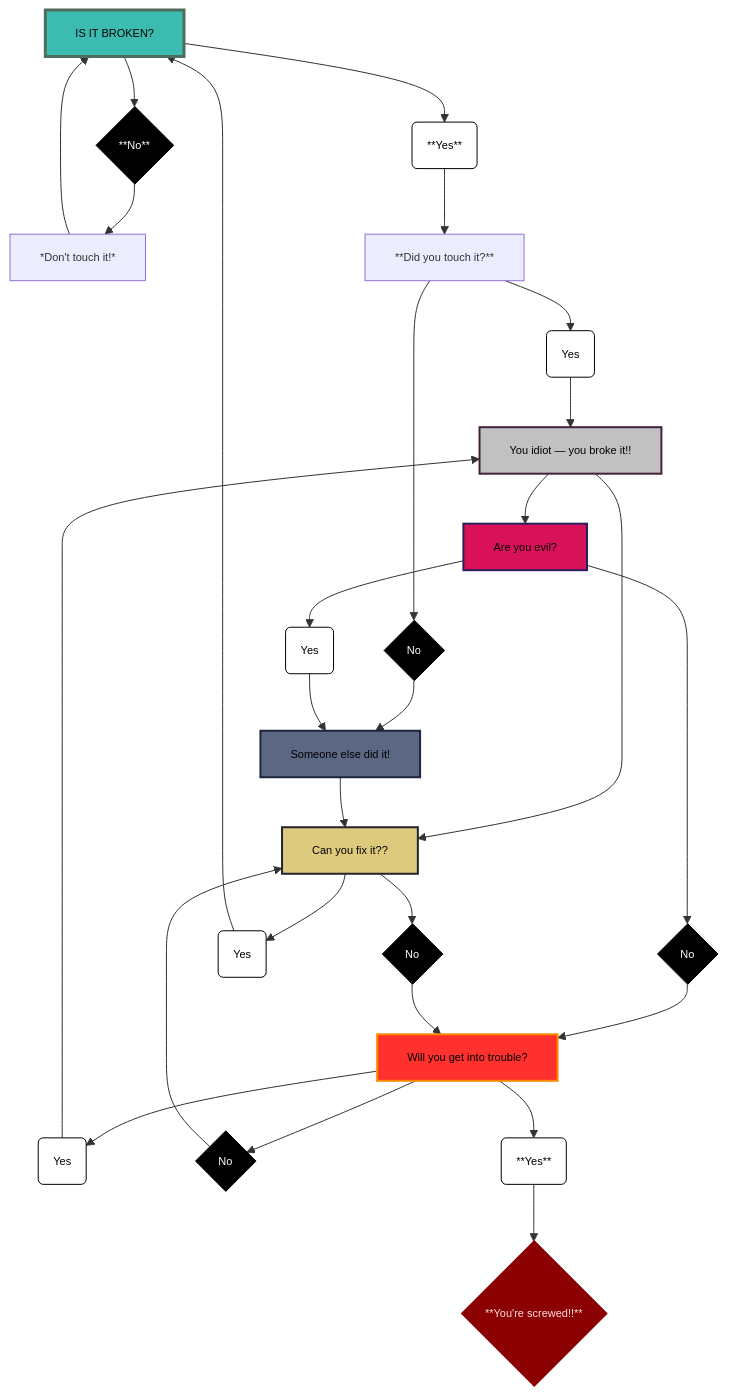
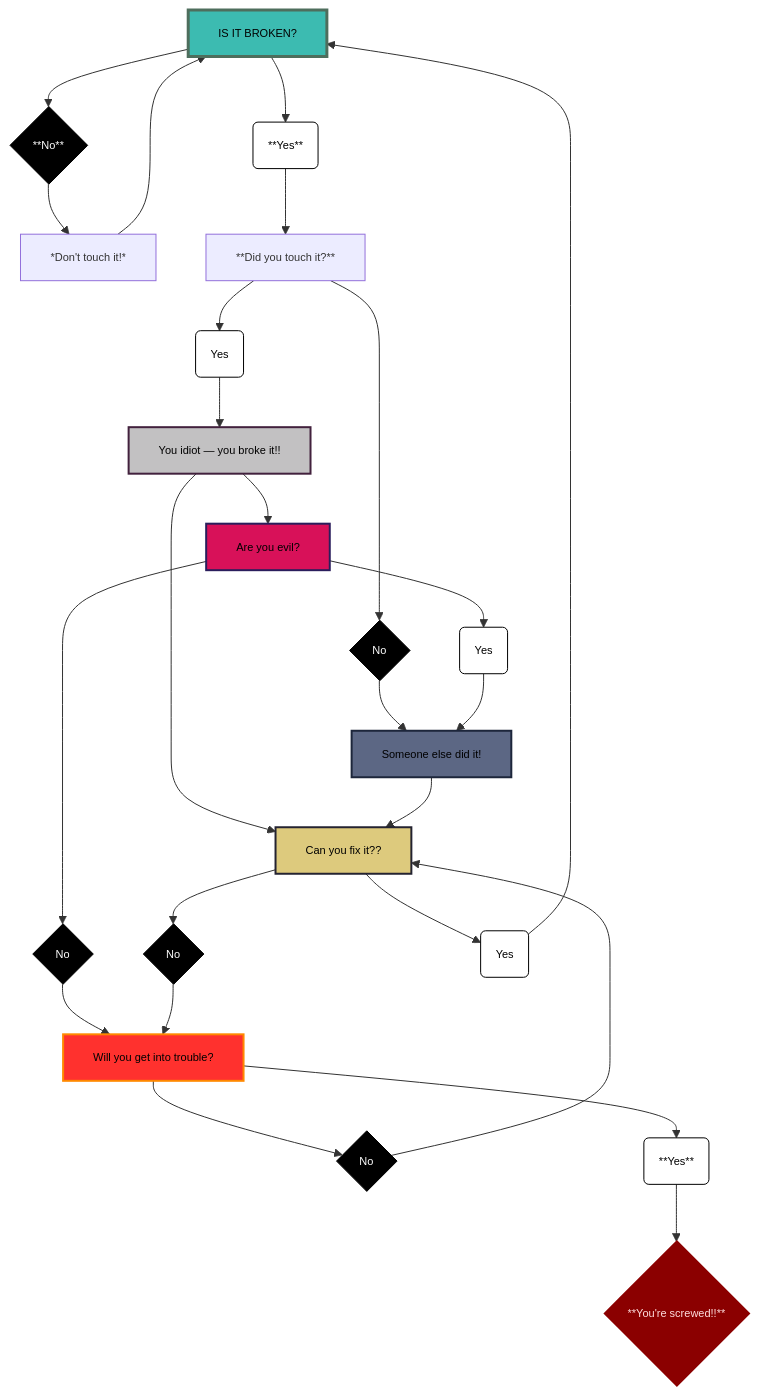
Before and after one commit to stu-clarke/stu-clarke: the second of 2 diagrams in README.md, drawn with Mermaid. The commit also changed other lines of this file, not shown here.

````diff
--- a/README.md
+++ b/README.md
@@ -20,42 +19,40 @@
 ```mermaid
 %%{init: { 'themeVariables': { 'fontSize': '11px' } }}%%
 flowchart TD
     A[IS IT BROKEN?] --> N1{**No**} --> B[*Don't touch it!*]
     A --> Y1(**Yes**) --> C[**Did you touch it?**]
     C --> Y2(Yes) --> D[You idiot — you broke it!!]
     C --> N2{No} --> E[Someone else did it!]
     D --> F[Are you evil?]
     F --> Y3(Yes) --> E
     F --> N3{No} --> I[Will you get into trouble?]
     H --> N5{No} --> I
     H --> Y5(Yes) --> A
-    I --> Y4(Yes) --> D
     I --> N4{No} --> H[Can you fix it??]
     I --> Y6(**Yes**) --> K{**You're screwed!!**}
 
     %% Wrap-up
     B --> A
     D --> H
     E --> H
 
 
     %% Styling for meme emphasis
     style A fill:#3CBBB1,stroke:#4E6E5D,stroke-width:3px,color:#000000
     style D fill:#C2C1C2,stroke:#42213D,stroke-width:2px,color:#000000
     style E fill:#5C6784,stroke:#1D263B,stroke-width:2px,color:#000000
     style F fill:#D81159,stroke:#2A1E5C,stroke-width:2px,color:#000000
     style H fill:#DDCA7D,stroke:#242331,stroke-width:2px,color:#000000
     style I fill:#FF312E,stroke:#ff8800,stroke-width:2px,color:#000000
     style K fill:#8b0000,stroke:#8b0000,stroke-width:2px,color:#ffdddd
     style Y1 fill:#ffffff,color:#000000,stroke-color:#ffffff,stroke:#000000
     style Y2 fill:#ffffff,color:#000000,stroke-color:#ffffff,stroke:#000000
     style Y3 fill:#ffffff,color:#000000,stroke-color:#ffffff,stroke:#000000
-    style Y4 fill:#ffffff,color:#000000,stroke-color:#ffffff,stroke:#000000
     style Y5 fill:#ffffff,color:#000000,stroke-color:#ffffff,stroke:#000000
     style Y6 fill:#ffffff,color:#000000,stroke-color:#ffffff,stroke:#000000
     style N1 fill:#000000,color:#ffffff,stroke-color:#ffffff,stroke:#000000
     style N2 fill:#000000,color:#ffffff,stroke-color:#ffffff,stroke:#000000
     style N3 fill:#000000,color:#ffffff,stroke-color:#ffffff,stroke:#000000
     style N4 fill:#000000,color:#ffffff,stroke-color:#ffffff,stroke:#000000
     style N5 fill:#000000,color:#ffffff,stroke-color:#ffffff,stroke:#000000
 ```
````
